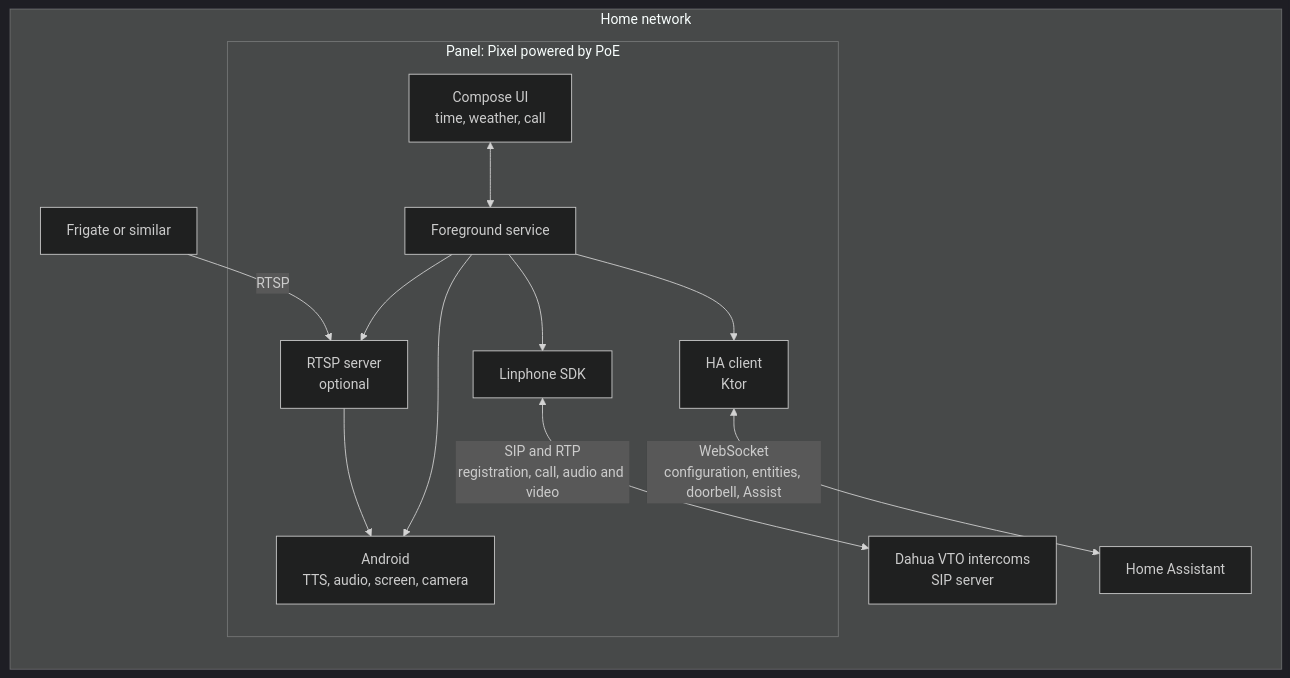
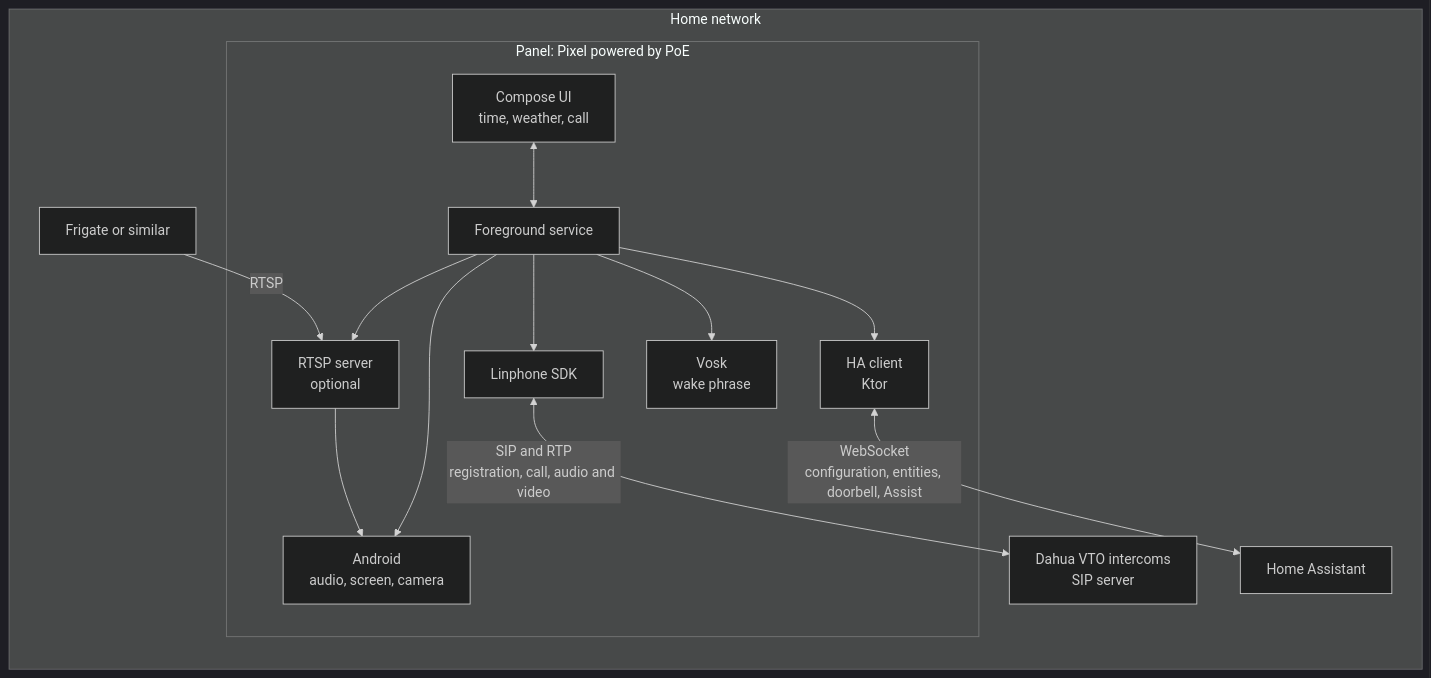
The diagram in README.md (xoadev/marc2d), drawn with Mermaid (dark theme) before and after one commit. The commit also changed other lines of this file and 21 other files, not shown here.

````diff
--- a/README.md
+++ b/README.md
@@ -37,26 +38,28 @@
 ```mermaid
 flowchart LR
     subgraph home["Home network"]
         subgraph panel["Panel: Pixel powered by PoE"]
             ui["Compose UI<br/>time, weather, call"]
             svc["Foreground service"]
             sip["Linphone SDK"]
             hac["HA client<br/>Ktor"]
             rtsp["RTSP server<br/>optional"]
-            sys["Android<br/>TTS, audio, screen, camera"]
+            voice["Vosk<br/>wake phrase"]
+            sys["Android<br/>audio, screen, camera"]
         end
         vto["Dahua VTO intercoms<br/>SIP server"]
         ha["Home Assistant"]
         frigate["Frigate or similar"]
     end
 
     ui <--> svc
     svc --> sip
     svc --> hac
     svc --> rtsp
+    svc --> voice
     svc --> sys
     rtsp --> sys
     sip <-- "SIP and RTP<br/>registration, call, audio and video" --> vto
     hac <-- "WebSocket<br/>configuration, entities, doorbell, Assist" --> ha
     frigate -- "RTSP" --> rtsp
 ```
````
